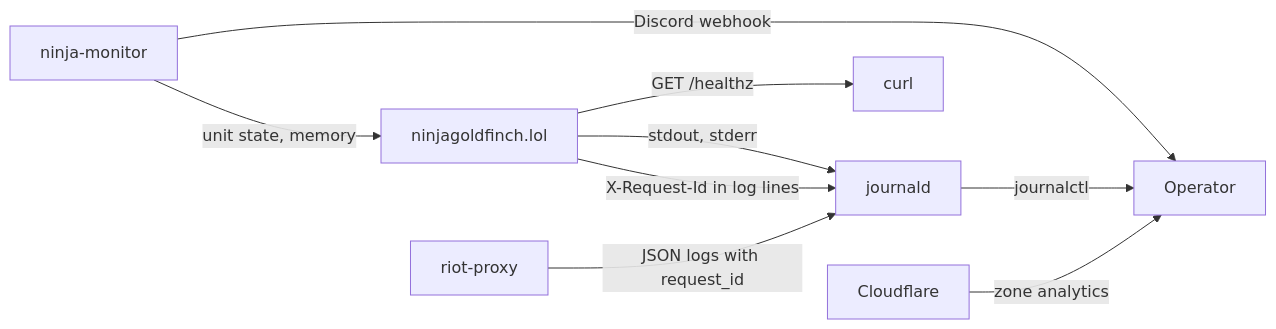
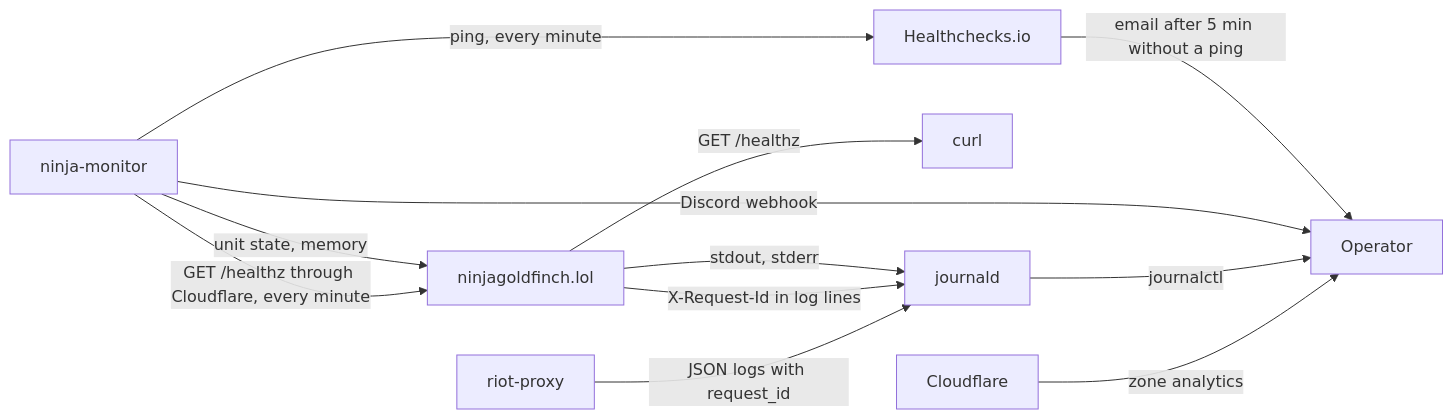
Before and after one commit to NinjaGoldfinch/ninjagoldfinch-lol: the diagram in docs/operations/observability.md, drawn with Mermaid. The commit also changed other lines of this file and 8 other files, not shown here.

````diff
--- a/docs/operations/observability.md
+++ b/docs/operations/observability.md
@@ -9,11 +9,14 @@
 ```mermaid
 flowchart LR
     Site["ninjagoldfinch.lol"] -->|"stdout, stderr"| Journal["journald"]
     Site -->|"GET /healthz"| Probe["curl"]
     Monitor["ninja-monitor"] -->|"unit state, memory"| Site
+    Monitor -->|"GET /healthz through Cloudflare, every minute"| Site
+    Monitor -->|"ping, every minute"| HC["Healthchecks.io"]
+    HC -->|"email after 5 min without a ping"| Owner
     Monitor -->|"Discord webhook"| Owner["Operator"]
     Journal -->|"journalctl"| Owner
     Site -->|"X-Request-Id in log lines"| Journal
     Proxy["riot-proxy"] -->|"JSON logs with request_id"| Journal
     Cloudflare -->|"zone analytics"| Owner
 ```
````
